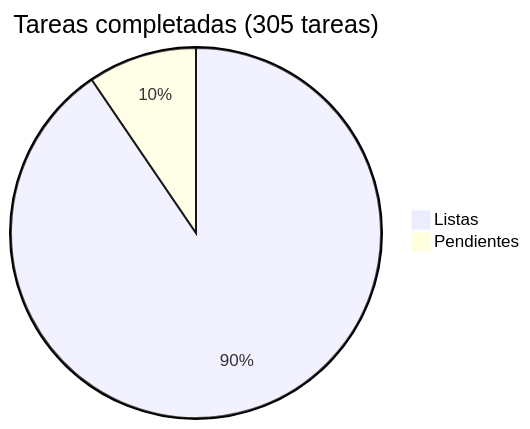
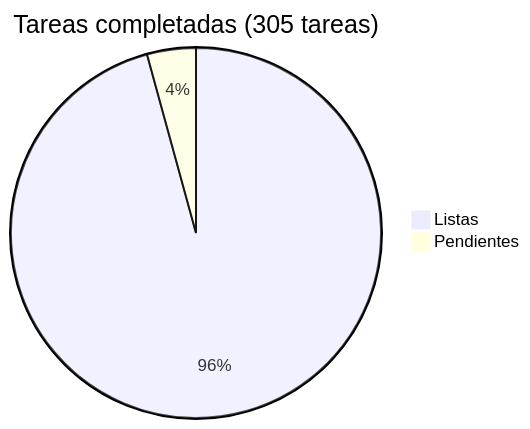
Before and after one commit to araguaney-lat/araguaney: the diagram in docs/roadmap/README.md, drawn with Mermaid. The commit also changed other lines of this file and 17 other files, not shown here.

````diff
--- a/docs/roadmap/README.md
+++ b/docs/roadmap/README.md
@@ -5,5 +5,5 @@
 ```mermaid
 pie title Tareas completadas (305 tareas)
-    "Listas" : 276
-    "Pendientes" : 29
+    "Listas" : 292
+    "Pendientes" : 13
 ```
````
